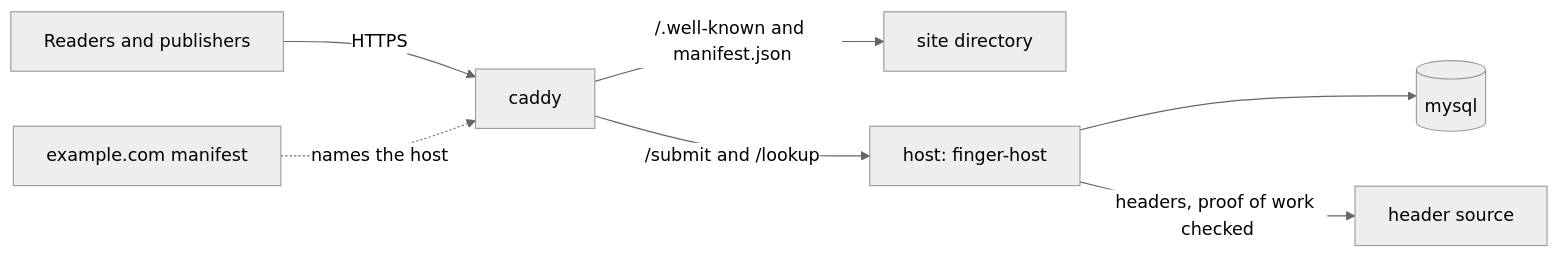
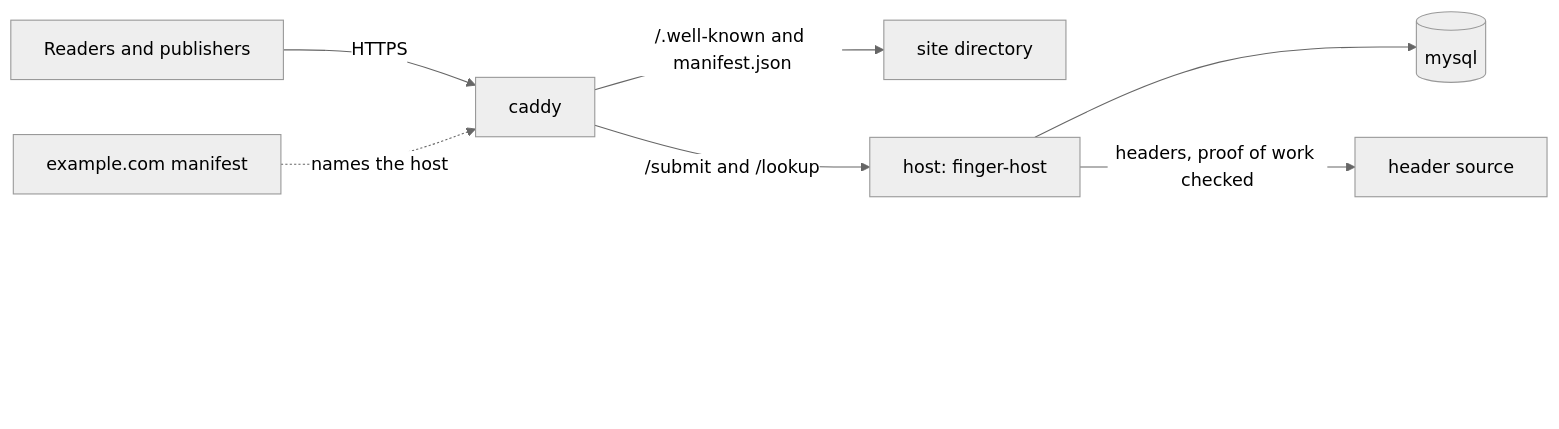
One commit to lightwebinc/bfinger changed the first of 2 diagrams in docs/self-host.md. Above: the diagram before and after it, drawn with Mermaid (neutral theme). The commit also changed 9 other files, not shown here.

First line of the commit message:
[Fix] diagrams: a spacer where the viewer's controls land

````diff
--- a/docs/self-host.md
+++ b/docs/self-host.md
@@ -11,9 +11,14 @@
 ```mermaid
 flowchart LR
   U[Readers and publishers] -->|HTTPS| C[caddy]
   C -->|"/.well-known and manifest.json"| S[site directory]
   C -->|"/submit and /lookup"| H["host: finger-host"]
   H --> D[(mysql)]
   H -->|"headers, proof of work checked"| W[header source]
   M[example.com manifest] -.->|names the host| C
+  %% The last node is an invisible spacer in the rightmost rank: the rendered
+  %% viewer places its zoom and pan controls over the bottom-right corner.
+  H ~~~ pad
+  pad["&nbsp;<br/>&nbsp;<br/>&nbsp;<br/>&nbsp;<br/>&nbsp;"]:::pad
+  classDef pad fill:none,stroke:none,color:transparent
 ```
````
